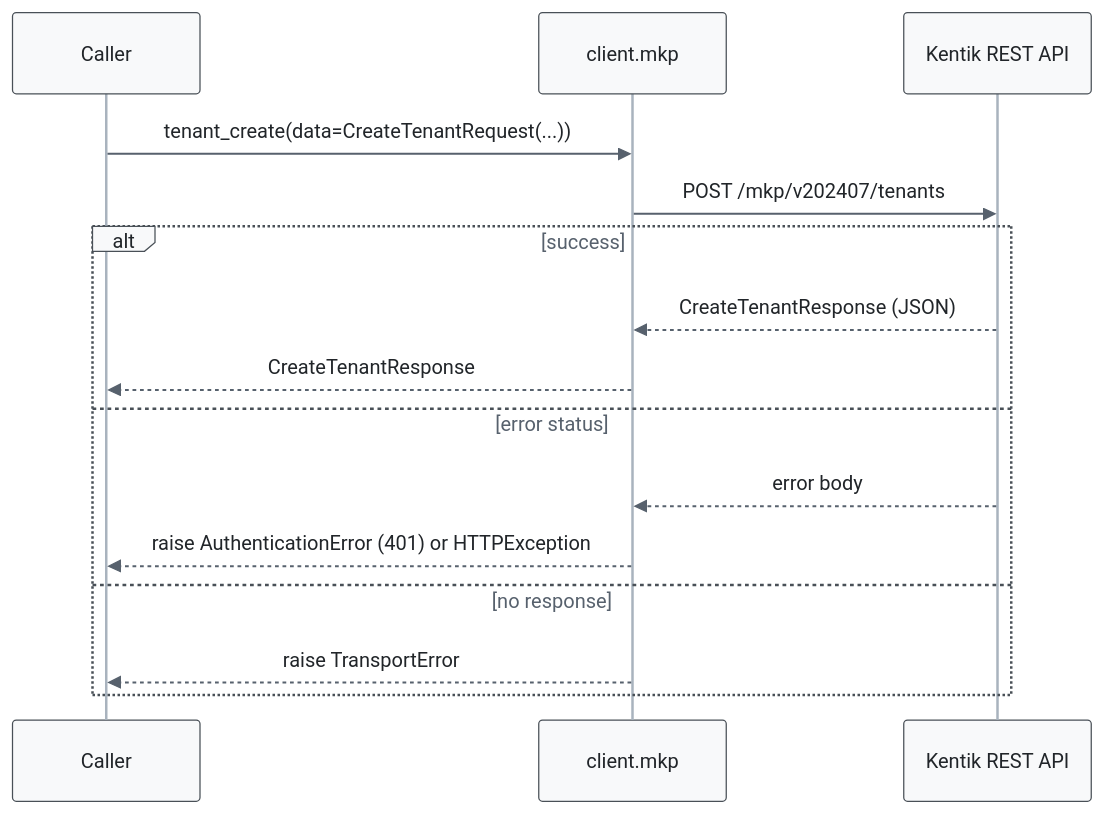
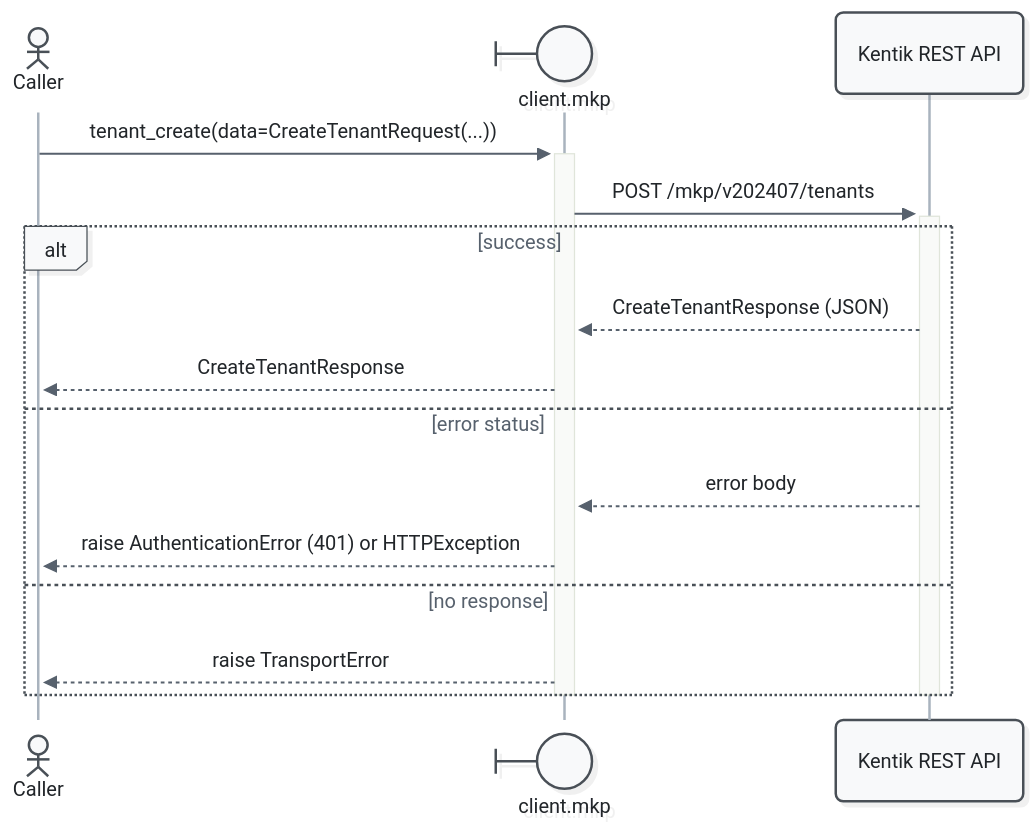
Before and after one commit to alexdearaujo/community_sdk_python: diagram 13 of 29 in docs/sphinx/services/mkp.md, drawn with Mermaid. The commit also changed other lines of this file and 52 other files, not shown here.

First line of the commit message:
docs: Mermaid 12 sequence diagrams with participant types and path colors

````diff
--- a/docs/sphinx/services/mkp.md
+++ b/docs/sphinx/services/mkp.md
@@ -491,19 +521,21 @@
 ```mermaid
-%%{init: {"theme": "base", "fontFamily": "ui-monospace, SFMono-Regular, Menlo, monospace", "themeVariables": {"fontFamily": "ui-monospace, SFMono-Regular, Menlo, monospace", "primaryColor": "#f8f9fa", "primaryBorderColor": "#495057", "primaryTextColor": "#212529", "textColor": "#212529", "lineColor": "#77818c", "edgeLabelBackground": "#ffffff", "actorBkg": "#f8f9fa", "actorBorder": "#495057", "actorTextColor": "#212529", "actorLineColor": "#a9b3be", "signalColor": "#57616d", "signalTextColor": "#212529", "labelBoxBkgColor": "#f8f9fa", "labelBoxBorderColor": "#495057", "labelTextColor": "#212529", "loopTextColor": "#57616d", "noteBkgColor": "#fff9db", "noteBorderColor": "#f08c00", "noteTextColor": "#a35a00"}, "flowchart": {"curve": "step", "nodeSpacing": 30, "rankSpacing": 70, "wrappingWidth": 400}}}%%
+%%{init: {"theme": "redux", "look": "neo", "layout": "dagre", "fontFamily": "ui-monospace, SFMono-Regular, Menlo, monospace", "themeVariables": {"fontFamily": "ui-monospace, SFMono-Regular, Menlo, monospace", "primaryColor": "#f8f9fa", "primaryBorderColor": "#495057", "primaryTextColor": "#212529", "textColor": "#212529", "lineColor": "#77818c", "edgeLabelBackground": "#ffffff", "actorBkg": "#f8f9fa", "actorBorder": "#495057", "actorTextColor": "#212529", "actorLineColor": "#a9b3be", "signalColor": "#57616d", "signalTextColor": "#212529", "labelBoxBkgColor": "#f8f9fa", "labelBoxBorderColor": "#495057", "labelTextColor": "#212529", "loopTextColor": "#57616d", "noteBkgColor": "#fff9db", "noteBorderColor": "#f08c00", "noteTextColor": "#a35a00"}, "sequence": {"activationWidth": 16}, "flowchart": {"curve": "step", "nodeSpacing": 30, "rankSpacing": 70, "wrappingWidth": 400}}}%%
 sequenceDiagram
-    participant C as Caller
-    participant W as client.mkp
+    actor C as Caller
+    participant W@{ "type": "boundary" } as client.mkp
     participant API as Kentik REST API
 
-    C->>W: tenant_create(data=CreateTenantRequest(...))
-    W->>API: POST /mkp/v202407/tenants
+    C->>+W: tenant_create(data=CreateTenantRequest(...))
+    W->>+API: POST /mkp/v202407/tenants
     alt success
         API-->>W: CreateTenantResponse (JSON)
         W-->>C: CreateTenantResponse
     else error status
         API-->>W: error body
         W-->>C: raise AuthenticationError (401) or HTTPException
     else no response
         W-->>C: raise TransportError
     end
+    deactivate API
+    deactivate W
 ```
````
